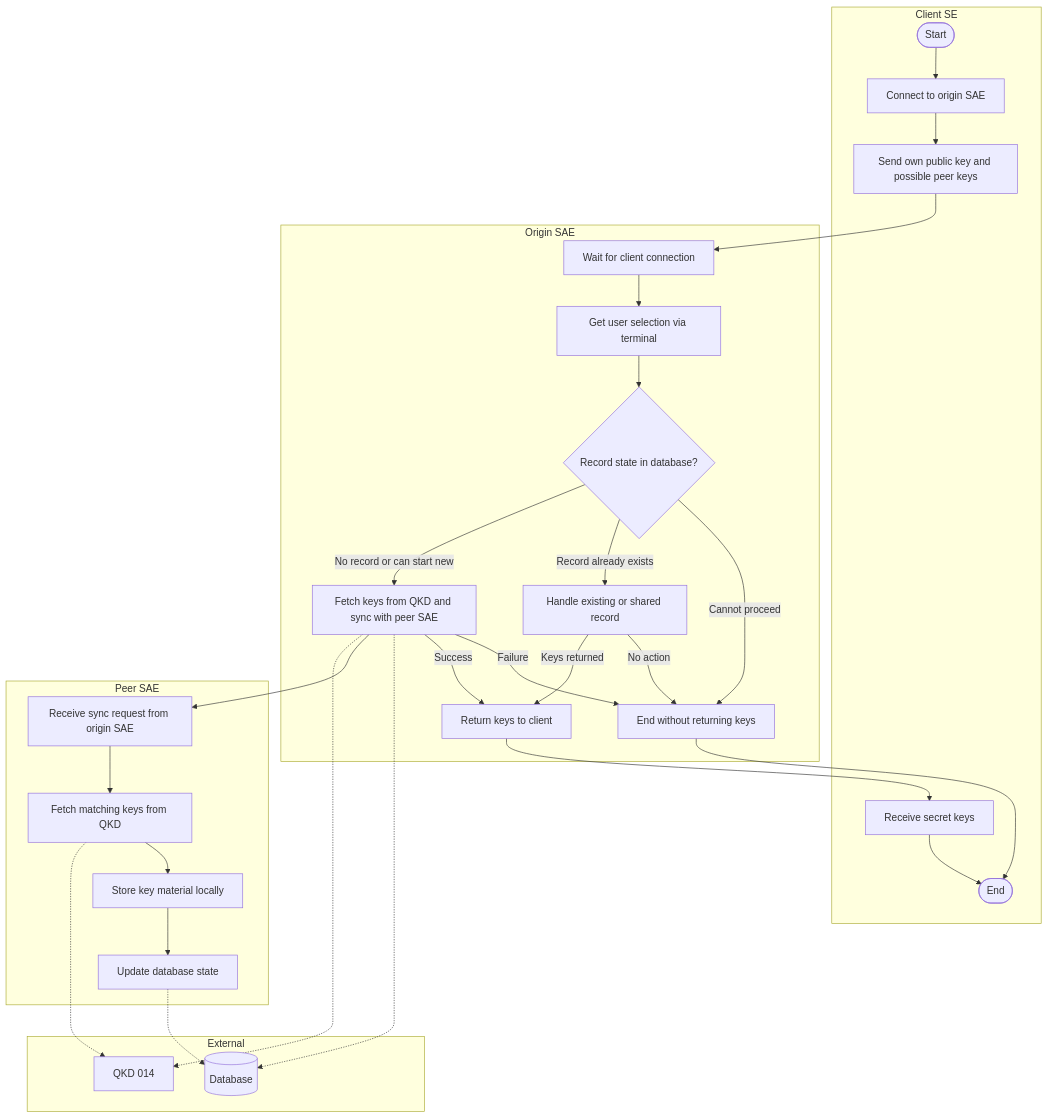
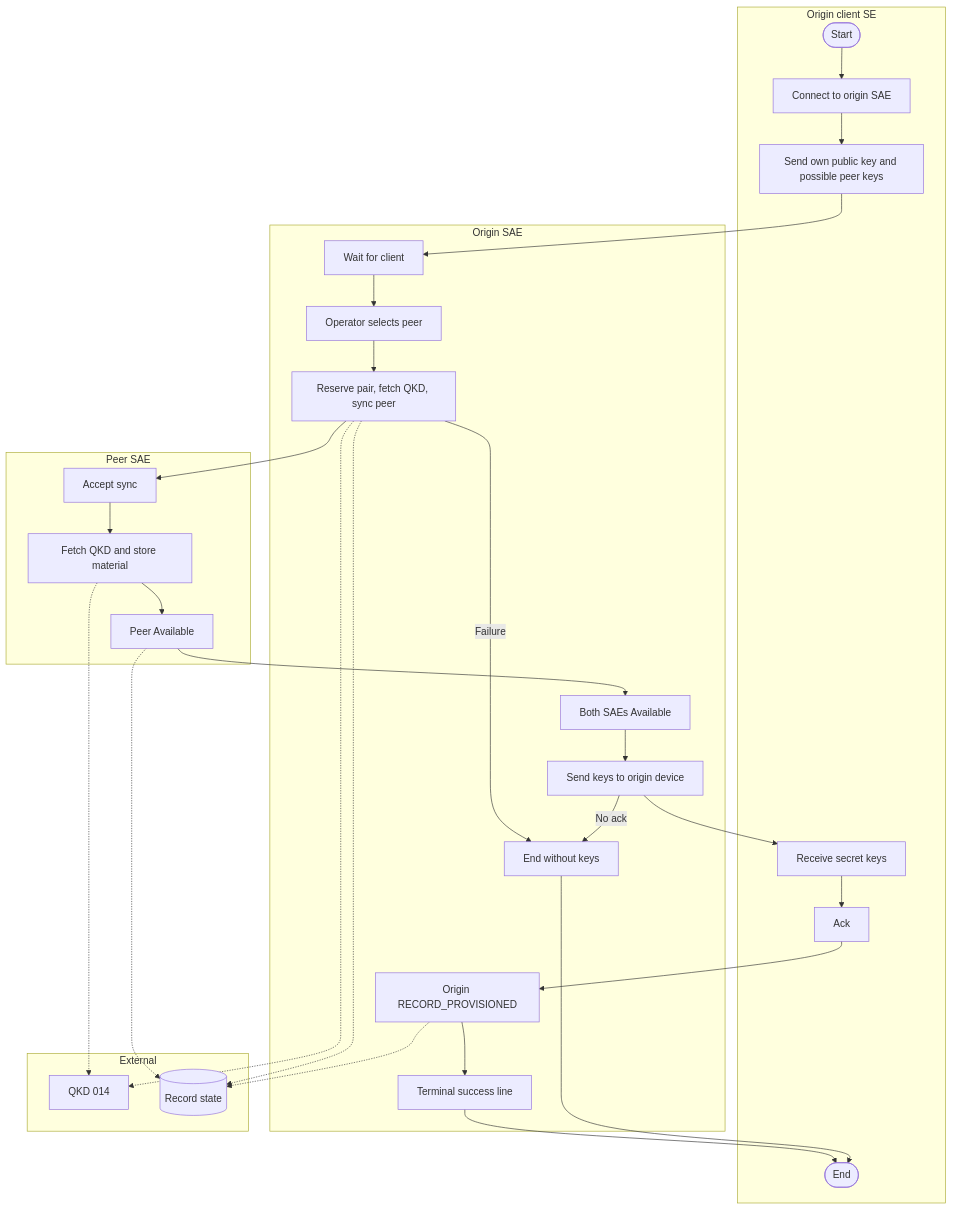
Before and after one commit to vonasmic/one-time-pad-keychain: the first of 10 diagrams in JAVA_APPS/docs/FLOWCHARTS.md, drawn with Mermaid. The commit also changed other lines of this file and 119 other files, not shown here.

````diff
--- a/JAVA_APPS/docs/FLOWCHARTS.md
+++ b/JAVA_APPS/docs/FLOWCHARTS.md
@@ -11,57 +16,46 @@
 ```mermaid
 flowchart TD
-    subgraph clientSE [Client SE]
+    subgraph clientSE [Origin client SE]
         Start([Start])
         Connect[Connect to origin SAE]
         SendKeys[Send own public key and possible peer keys]
         ReceiveKeys[Receive secret keys]
+        Ack[Ack]
         End([End])
     end
 
     subgraph originSAE [Origin SAE]
-        WaitConn[Wait for client connection]
-        UserChoice[Get user selection via terminal]
-        CheckDB{Record state in database?}
-        NewExchange[Fetch keys from QKD and sync with peer SAE]
-        ExistingKeys[Handle existing or shared record]
-        ReturnKeys[Return keys to client]
-        NoKeys[End without returning keys]
+        WaitConn[Wait for client]
+        UserChoice[Operator selects peer]
+        NewExchange[Reserve pair, fetch QKD, sync peer]
+        BothAvailable[Both SAEs Available]
+        SendOrigin[Send keys to origin device]
+        MarkProvisioned[Origin RECORD_PROVISIONED]
+        SuccessLine[Terminal success line]
+        NoKeys[End without keys]
     end
 
     subgraph targetSAE [Peer SAE]
-        SyncKeys[Receive sync request from origin SAE]
-        FetchPeerKeys[Fetch matching keys from QKD]
-        StoreKeys[Store key material locally]
-        UpdateDB[Update database state]
+        SyncKeys[Accept sync]
+        StoreKeys[Fetch QKD and store material]
+        PeerAvailable[Peer Available]
     end
 
     subgraph external [External]
         QKD[QKD 014]
-        DB[(Database)]
+        DB[(Record state)]
     end
 
-    Start --> Connect --> SendKeys
-    SendKeys --> WaitConn
-    WaitConn --> UserChoice
-    UserChoice --> CheckDB
-
-    CheckDB -->|No record or can start new| NewExchange
-    CheckDB -->|Record already exists| ExistingKeys
-    CheckDB -->|Cannot proceed| NoKeys
-
+    Start --> Connect --> SendKeys --> WaitConn --> UserChoice --> NewExchange
     NewExchange -.-> QKD
-    NewExchange --> SyncKeys
-    SyncKeys --> FetchPeerKeys
-    FetchPeerKeys -.-> QKD
-    FetchPeerKeys --> StoreKeys --> UpdateDB
-    UpdateDB -.-> DB
     NewExchange -.-> DB
-    NewExchange -->|Success| ReturnKeys
-    NewExchange -->|Failure| NoKeys
-
-    ExistingKeys -->|Keys returned| ReturnKeys
-    ExistingKeys -->|No action| NoKeys
-
-    ReturnKeys --> ReceiveKeys --> End
-    NoKeys --> End
+    NewExchange --> SyncKeys --> StoreKeys
+    StoreKeys -.-> QKD
+    StoreKeys --> PeerAvailable -.-> DB
+    PeerAvailable --> BothAvailable
+    BothAvailable --> SendOrigin --> ReceiveKeys --> Ack --> MarkProvisioned
+    MarkProvisioned -.-> DB
+    MarkProvisioned --> SuccessLine --> End
+    NewExchange -->|Failure| NoKeys --> End
+    SendOrigin -->|No ack| NoKeys
 ```
````
